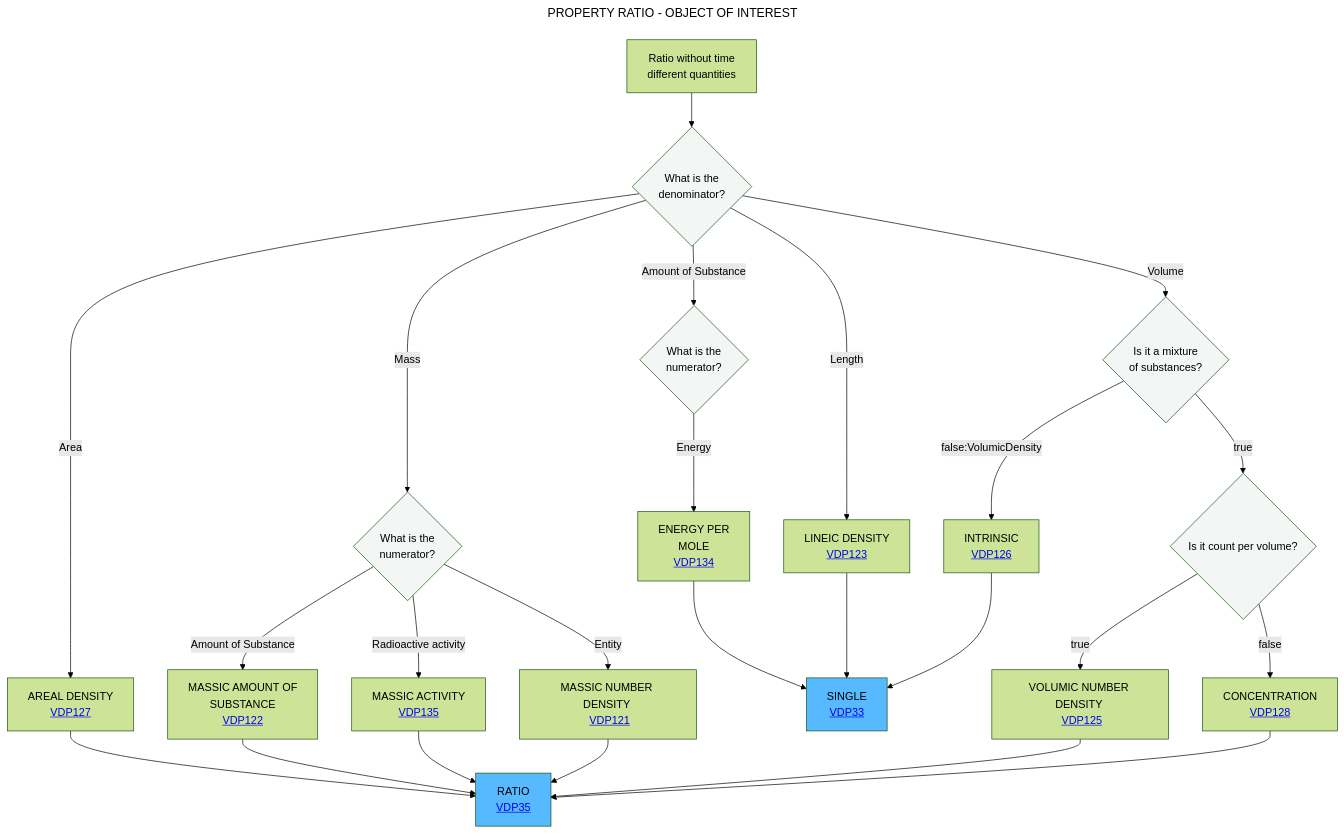
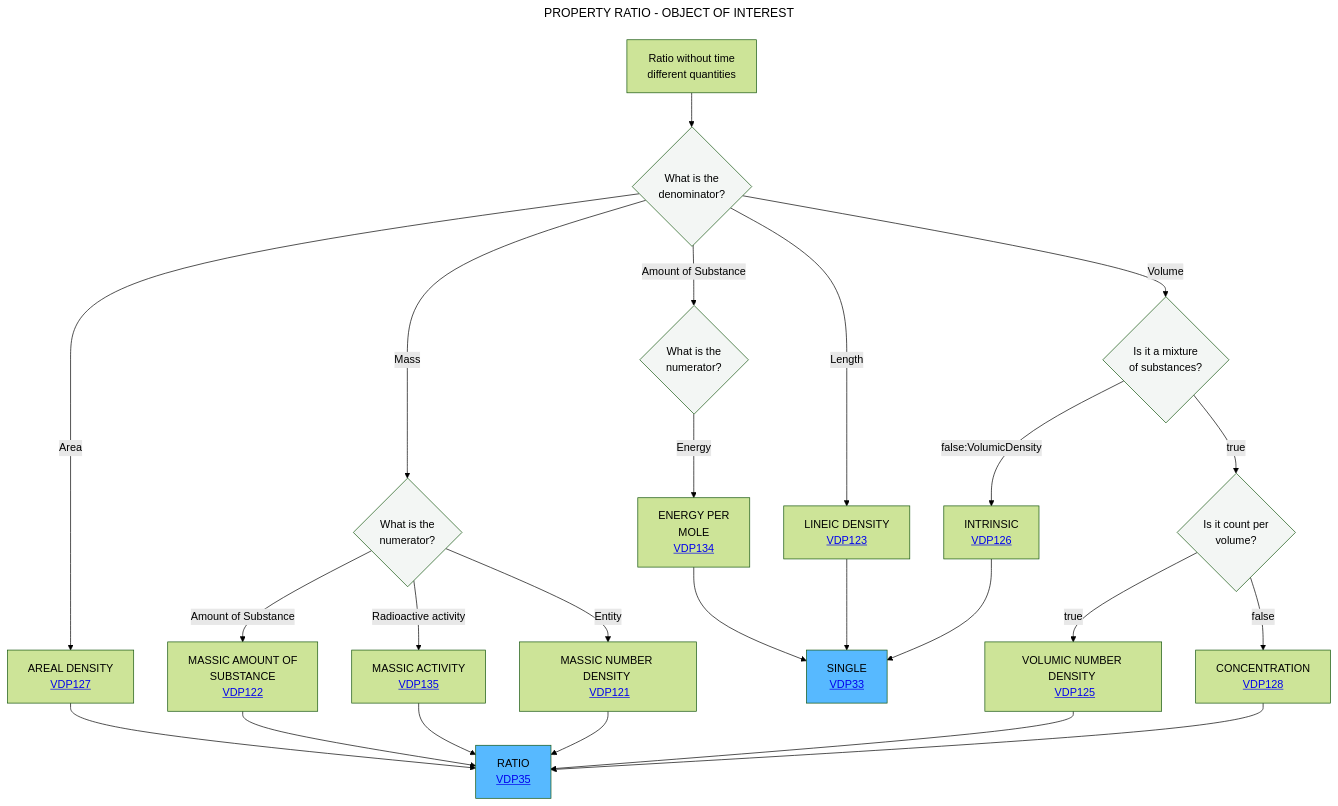
The diagram in Decisition_trees/DT5.mmd (mabablue/I-ADOPT-patterns-playground), drawn with Mermaid (forest theme) before and after one commit.

Commit message:
Fix typo in decision tree node label

```diff
--- a/Decisition_trees/DT5.mmd
+++ b/Decisition_trees/DT5.mmd
@@ -1,31 +1,31 @@
 ---
 title: PROPERTY RATIO - OBJECT OF INTEREST
 ---
 flowchart TD
     A[Ratio without time <br> different quantities] --> B{What is the <br> denominator?}:::white
     B -- Area -->C[AREAL DENSITY <br> <a href='https://github.com/mabablue/I-ADOPT-patterns-playground/blob/main/pattern/VDP127.yaml'>VDP127</a>]
     B -- Mass -->E{What is the <br> numerator?}:::white
     B -- Amount of Substance --> R{What is the <br> numerator?}:::white
     B -- Length -->D[LINEIC DENSITY <br> <a href='https://github.com/mabablue/I-ADOPT-patterns-playground/blob/main/pattern/VDP123.yaml'>VDP123</a>]
     E -- Amount of Substance --> P[MASSIC AMOUNT OF <br> SUBSTANCE <br> <a href='https://github.com/mabablue/I-ADOPT-patterns-playground/blob/main/pattern/VDP122.yaml'>VDP122</a>]
     E -- Radioactive activity --> Q[MASSIC ACTIVITY <br> <a href='https://github.com/mabablue/I-ADOPT-patterns-playground/blob/main/pattern/VDP135.yaml'>VDP135</a>]
     E -- Entity --> L[MASSIC NUMBER DENSITY <br> <a href='https://github.com/mabablue/I-ADOPT-patterns-playground/blob/main/pattern/VDP121.yaml'>VDP121</a>]
     B -- Volume -->G{Is it a mixture <br> of substances?}:::white
     G -- false:VolumicDensity-->H[INTRINSIC <br> <a href='https://github.com/mabablue/I-ADOPT-patterns-playground/blob/main/pattern/VDP126.yaml'>VDP126</a>]
-    G--> |true|J{Is it count per volume?}:::white
+    G--> |true|J{Is it count per <br>  volume?}:::white
     J --> |true|I[VOLUMIC NUMBER DENSITY <br> <a href='https://github.com/mabablue/I-ADOPT-patterns-playground/blob/main/pattern/VDP125.yaml'>VDP125</a>]
     J --> |false|M[CONCENTRATION <br> <a href='https://github.com/mabablue/I-ADOPT-patterns-playground/blob/main/pattern/VDP128.yaml'>VDP128</a>]
     I --> N
     C --> N[RATIO <br> <a href='https://github.com/mabablue/I-ADOPT-patterns-playground/blob/main/pattern/VDP35.yaml'>VDP35</a>]:::satblue
     D --> O[SINGLE <br> <a href='https://github.com/mabablue/I-ADOPT-patterns-playground/blob/main/pattern/VDP33.yaml'>VDP33</a>]:::satblue
     R -- Energy --> S[ENERGY PER <br> MOLE <br> <a href='https://github.com/mabablue/I-ADOPT-patterns-playground/blob/main/pattern/VDP134.yaml'>VDP134</a>]
     H --> O
     P --> N
     M --> N
     S --> O
     Q --> N
     L --> N
    classDef blue fill:#90D5FF
    classDef satblue fill:#57B9FF 
    classDef white fill:#f3f6f4
    classDef green fill:#6aa84f
```
